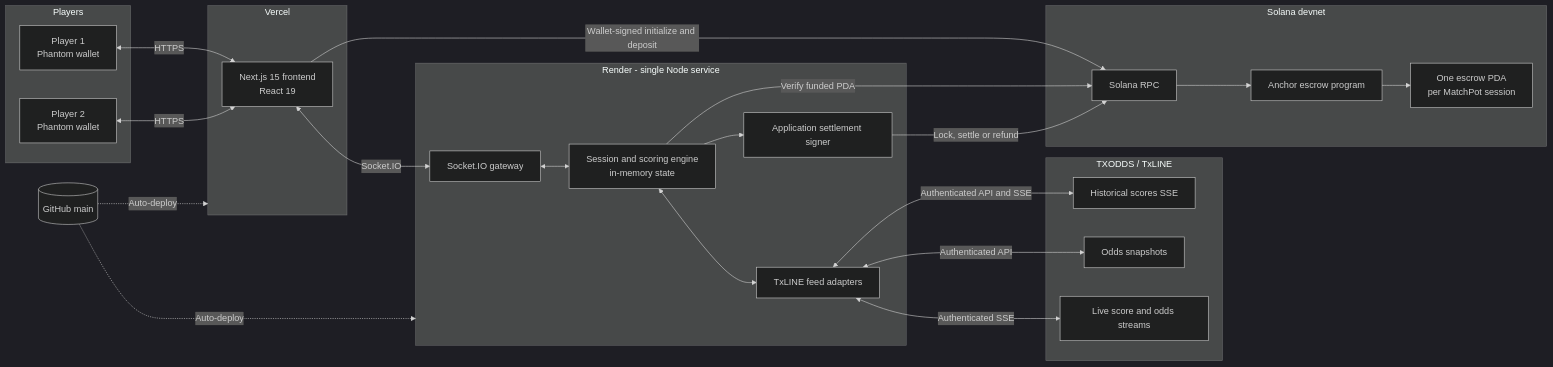
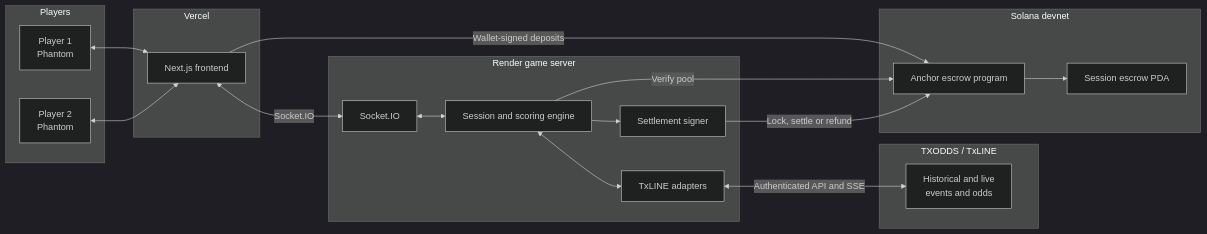
Before and after one commit to klauzsp/tx-odds-hack: the diagram in README.md, drawn with Mermaid (dark theme). The commit also changed other lines of this file, not shown here.

````diff
--- a/README.md
+++ b/README.md
@@ -58,47 +52,39 @@
 ```mermaid
 flowchart LR
-    subgraph Clients[Players]
-        P1[Player 1<br/>Phantom wallet]
-        P2[Player 2<br/>Phantom wallet]
+    subgraph Players
+        P1[Player 1<br/>Phantom]
+        P2[Player 2<br/>Phantom]
     end
 
-    subgraph Vercel[Vercel]
-        Web[Next.js 15 frontend<br/>React 19]
+    subgraph Vercel
+        Web[Next.js frontend]
     end
 
-    subgraph Render[Render - single Node service]
-        Socket[Socket.IO gateway]
-        Engine[Session and scoring engine<br/>in-memory state]
-        Adapter[TxLINE feed adapters]
-        Settler[Application settlement signer]
+    subgraph Render[Render game server]
+        Socket[Socket.IO]
+        Engine[Session and scoring engine]
+        Adapter[TxLINE adapters]
+        Settler[Settlement signer]
         Socket <--> Engine
         Engine <--> Adapter
         Engine --> Settler
     end
 
     subgraph TXODDS[TXODDS / TxLINE]
-        History[Historical scores SSE]
-        Odds[Odds snapshots]
-        Live[Live score and odds streams]
+        Data[Historical and live<br/>events and odds]
     end
 
     subgraph Solana[Solana devnet]
-        RPC[Solana RPC]
         Program[Anchor escrow program]
-        PDA[One escrow PDA<br/>per MatchPot session]
-        RPC --> Program --> PDA
+        PDA[Session escrow PDA]
+        Program --> PDA
     end
 
-    P1 <-->|HTTPS| Web
-    P2 <-->|HTTPS| Web
+    P1 <--> Web
+    P2 <--> Web
     Web <-->|Socket.IO| Socket
-    Adapter <-->|Authenticated API and SSE| History
-    Adapter <-->|Authenticated API| Odds
-    Adapter <-->|Authenticated SSE| Live
-    Web -->|Wallet-signed initialize and deposit| RPC
-    Engine -->|Verify funded PDA| RPC
-    Settler -->|Lock, settle or refund| RPC
-
-    GitHub[(GitHub main)] -.->|Auto-deploy| Vercel
-    GitHub -.->|Auto-deploy| Render
+    Adapter <-->|Authenticated API and SSE| Data
+    Web -->|Wallet-signed deposits| Program
+    Engine -->|Verify pool| Program
+    Settler -->|Lock, settle or refund| Program
 ```
````
